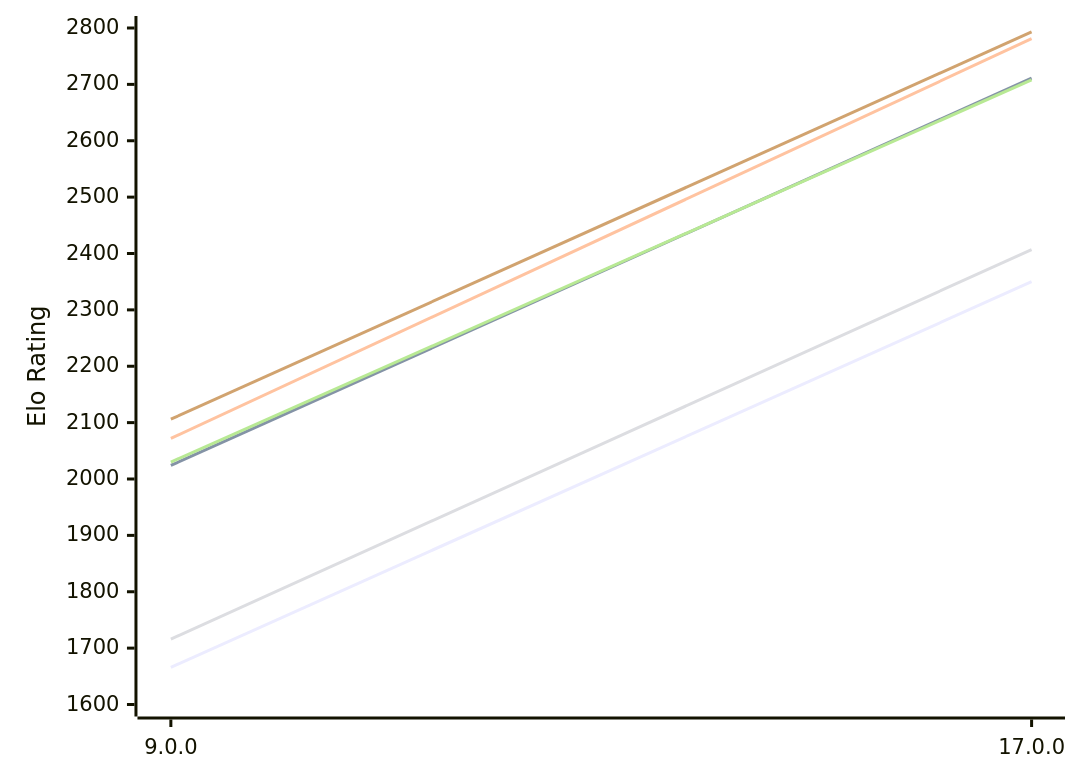
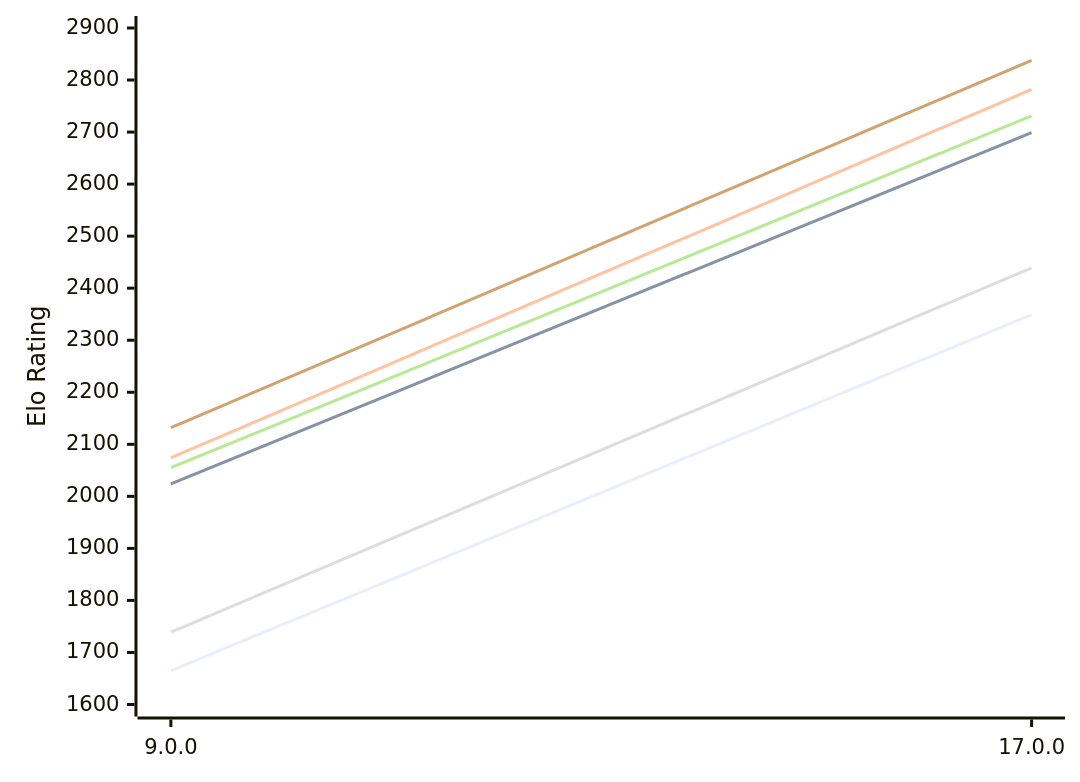
The first of 2 diagrams in engines/Cepimetheus.md (computer-chess-index/cci), drawn with Mermaid before and after one commit. The commit also changed other lines of this file, not shown here.

Commit message:
Update CCI Ratings (ELO VLTC) - 2026-11-04

````diff
--- a/engines/Cepimetheus.md
+++ b/engines/Cepimetheus.md
@@ -62,12 +62,12 @@
 ```mermaid
 %%{init: {"theme":"base","themeVariables":{"seriesColors:['#a3a3a3','#222221','#faa371']}}}%%
 xychart-beta
   x-axis ["9.0.0", "17.0.0"]
-  y-axis "Elo Rating" 1600 --> 2800
-  line "E1: STC (8.0+0.08s)" [1666, 2350]
-  line "E1: LTC (60.0+0.60s)" [2024, 2711]
-  line "E1: VLTC (2m24s+1.12s)" [2072, 2781]
-  line "P1: STC (8.0+0.08s)" [1716, 2407]
-  line "P1: LTC (60.0+0.60s)" [2030, 2708]
-  line "P1: VLTC (2m24s+1.12s)" [2106, 2793]
+  y-axis "Elo Rating" 1600 --> 2900
+  line "E1: STC (8.0+0.08s)" [1665, 2349]
+  line "E1: LTC (60.0+0.60s)" [2024, 2699]
+  line "E1: VLTC (2m24s+1.12s)" [2074, 2782]
+  line "P1: STC (8.0+0.08s)" [1739, 2439]
+  line "P1: LTC (60.0+0.60s)" [2055, 2731]
+  line "P1: VLTC (2m24s+1.12s)" [2132, 2838]
 ```
````
